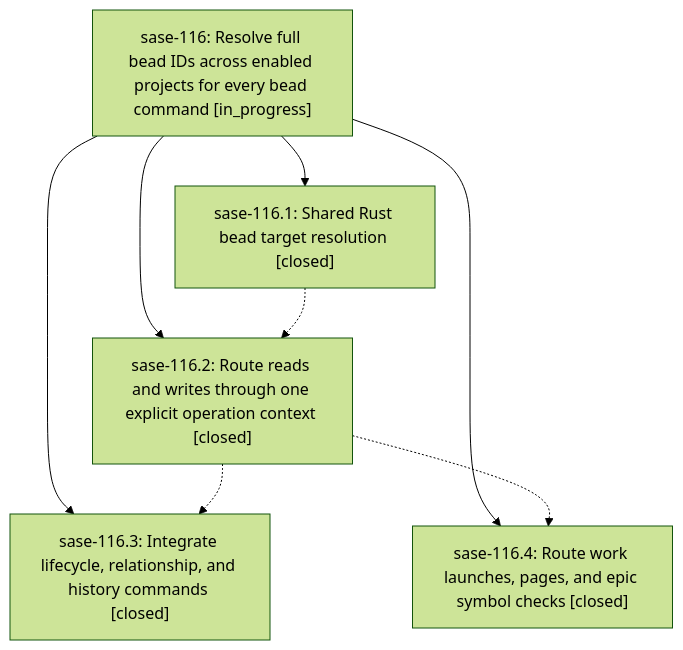
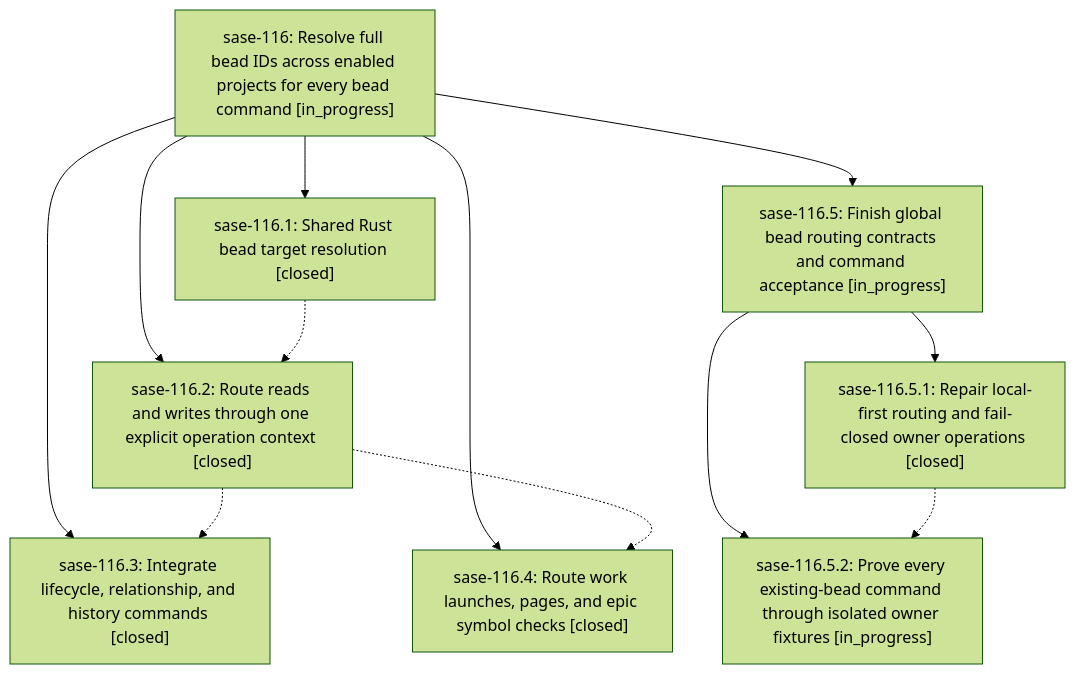
The diagram in pages/sase-116/README.md (sase-org/sase--beads), drawn with Mermaid (forest theme) before and after one commit. The commit also changed other lines of this file and 3 other files, not shown here.

First line of the commit message:
chore(beads): sync bead state and pages for sase-116

````diff
--- a/pages/sase-116/README.md
+++ b/pages/sase-116/README.md
@@ -25,15 +25,22 @@
 ```mermaid
 flowchart TD
     n0["sase-116: Resolve full bead IDs across enabled projects for every bead command [in_progress]"]
     n1["sase-116.1: Shared Rust bead target resolution [closed]"]
     n2["sase-116.2: Route reads and writes through one explicit operation context [closed]"]
     n3["sase-116.3: Integrate lifecycle, relationship, and history commands [closed]"]
     n4["sase-116.4: Route work launches, pages, and epic symbol checks [closed]"]
+    n5["sase-116.5: Finish global bead routing contracts and command acceptance [in_progress]"]
+    n6["sase-116.5.1: Repair local-first routing and fail-closed owner operations [closed]"]
+    n7["sase-116.5.2: Prove every existing-bead command through isolated owner fixtures [in_progress]"]
     n0 --> n1
     n0 --> n2
     n0 --> n3
     n0 --> n4
+    n0 --> n5
+    n5 --> n6
+    n5 --> n7
     n1 -.-> n2
     n2 -.-> n3
     n2 -.-> n4
+    n6 -.-> n7
 ```
````
